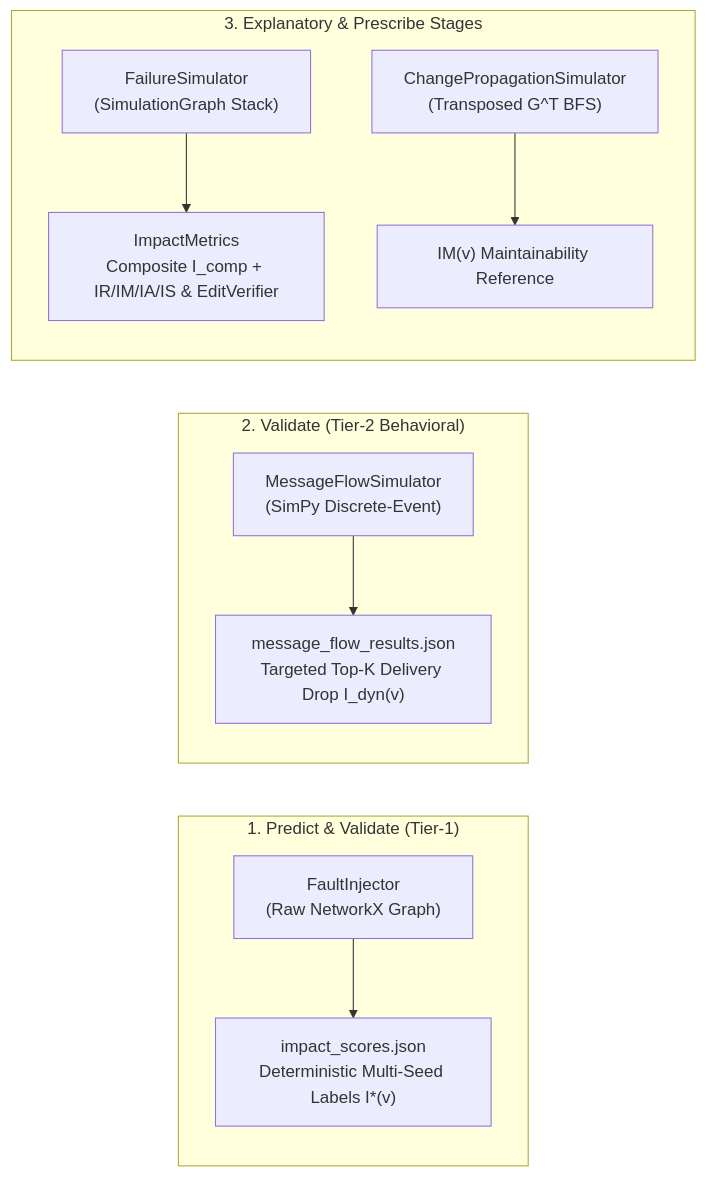
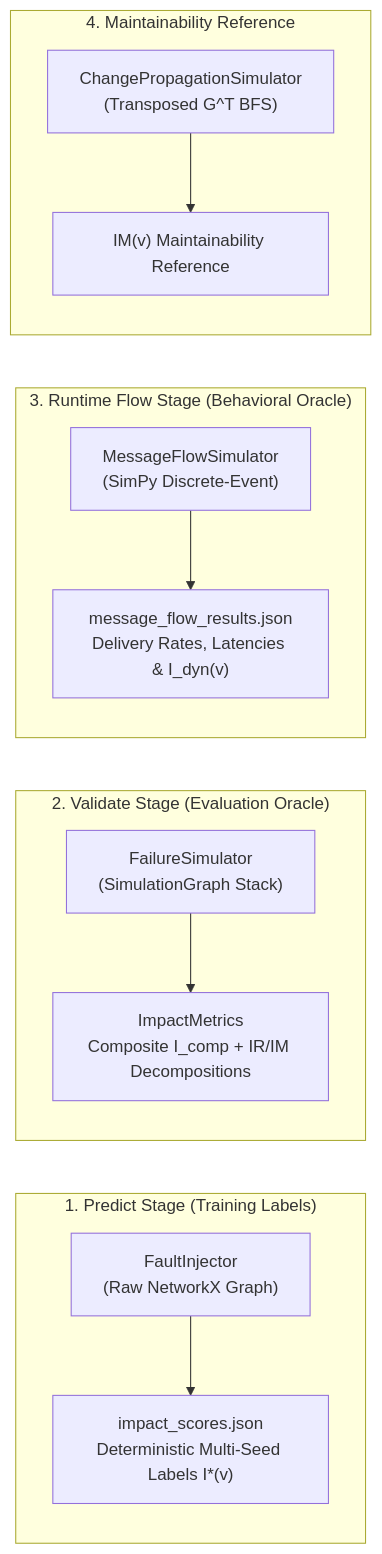
One commit to onuralpyigit/software-as-a-graph changed the second of 4 diagrams in docs/failure-simulation.md. Above: the diagram before and after it, drawn with Mermaid. The commit also changed other lines of this file and 15 other files, not shown here.

First line of the commit message:
Refactor validation architecture and enhance dual validation pathways

````diff
--- a/docs/failure-simulation.md
+++ b/docs/failure-simulation.md
@@ -100,15 +99,18 @@
 ```mermaid
 flowchart LR
-    subgraph PredictValidate["1. Predict & Validate (Tier-1)"]
+    subgraph PredictStage["1. Predict Stage (Training Labels)"]
         FI["FaultInjector<br>(Raw NetworkX Graph)"] --> LBL["impact_scores.json<br>Deterministic Multi-Seed Labels I*(v)"]
     end
 
-    subgraph ValidateTier2["2. Validate (Tier-2 Behavioral)"]
-        MFS["MessageFlowSimulator<br>(SimPy Discrete-Event)"] --> DYN["message_flow_results.json<br>Targeted Top-K Delivery Drop I_dyn(v)"]
+    subgraph ValidateStage["2. Validate Stage (Evaluation Oracle)"]
+        FS["FailureSimulator<br>(SimulationGraph Stack)"] --> ORC["ImpactMetrics<br>Composite I_comp + IR/IM Decompositions"]
     end
 
-    subgraph ExplainPrescribe["3. Explanatory & Prescribe Stages"]
-        FS["FailureSimulator<br>(SimulationGraph Stack)"] --> ORC["ImpactMetrics<br>Composite I_comp + IR/IM/IA/IS & EditVerifier"]
-        CPS["ChangePropagationSimulator<br>(Transposed G^T BFS)"] --> MR["IM(v) Maintainability Reference"]
+    subgraph DynamicStage["3. Runtime Flow Stage (Behavioral Oracle)"]
+        MFS["MessageFlowSimulator<br>(SimPy Discrete-Event)"] --> DYN["message_flow_results.json<br>Delivery Rates, Latencies & I_dyn(v)"]
+    end
+
+    subgraph MaintainabilityStage["4. Maintainability Reference"]
+        CPS["ChangePropagationSimulator<br>(Transposed G^T BFS)"] --> CPR_OUT["IM(v) Maintainability Reference"]
     end
 ```
````
